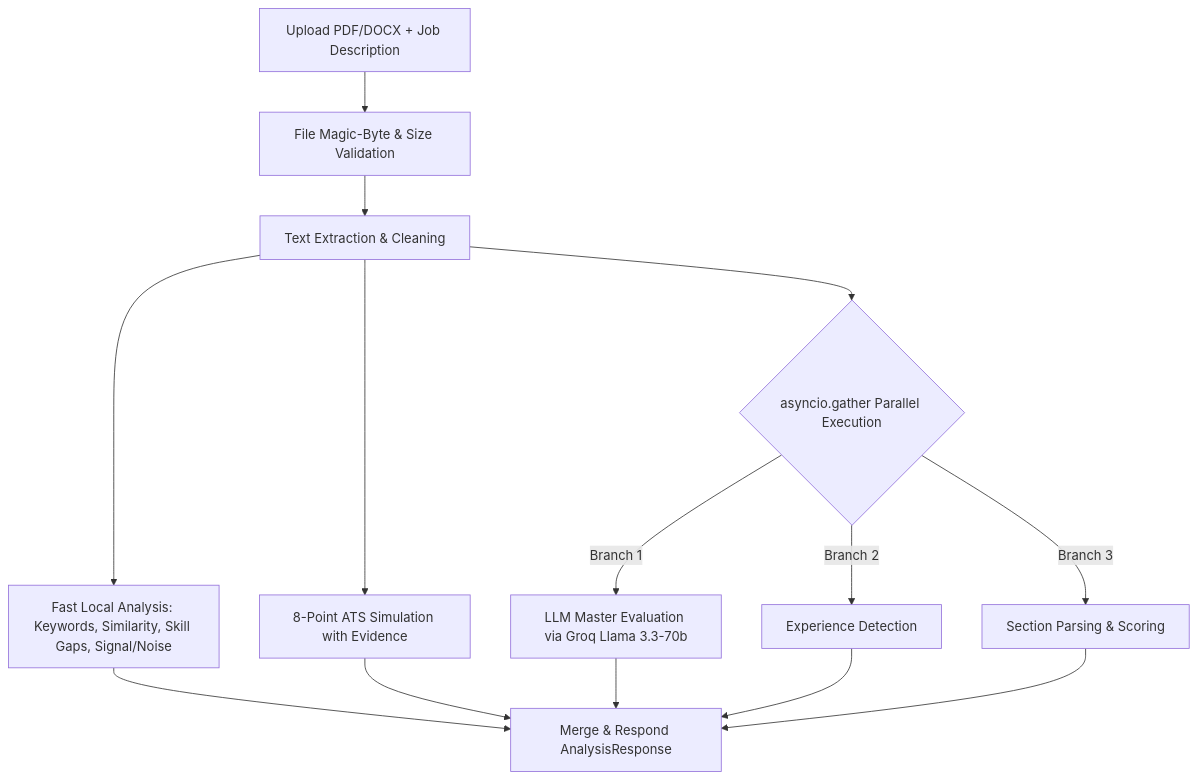
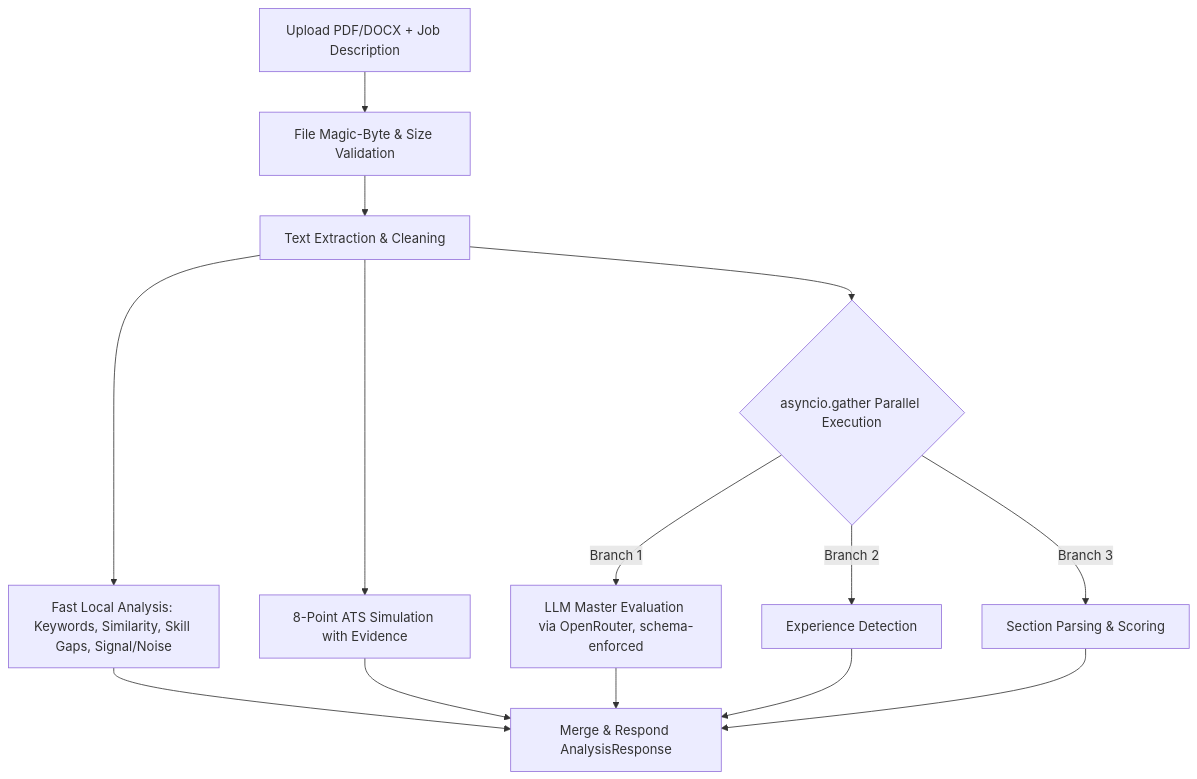
Before and after one commit to Ayush0915/CareerIQ: the diagram in README.md, drawn with Mermaid. The commit also changed other lines of this file and 13 other files, not shown here.

First line of the commit message:
Phase 2: migrate LLM layer to OpenRouter with enforced schemas

````diff
--- a/README.md
+++ b/README.md
@@ -42,16 +42,16 @@
 ```mermaid
 flowchart TD
     A[Upload PDF/DOCX + Job Description] --> B[File Magic-Byte & Size Validation]
     B --> C[Text Extraction & Cleaning]
     C --> D[Fast Local Analysis: Keywords, Similarity, Skill Gaps, Signal/Noise]
     C --> E[8-Point ATS Simulation with Evidence]
     C --> F{asyncio.gather Parallel Execution}
-    F -->|Branch 1| G[LLM Master Evaluation via Groq Llama 3.3-70b]
+    F -->|Branch 1| G[LLM Master Evaluation via OpenRouter, schema-enforced]
     F -->|Branch 2| H[Experience Detection]
     F -->|Branch 3| I[Section Parsing & Scoring]
     D --> J[Merge & Respond AnalysisResponse]
     E --> J
     G --> J
     H --> J
     I --> J
 ```
````
